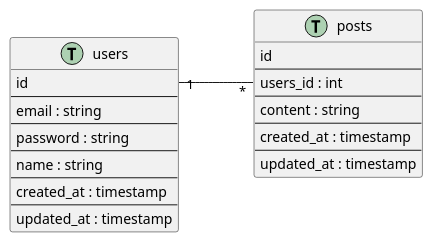
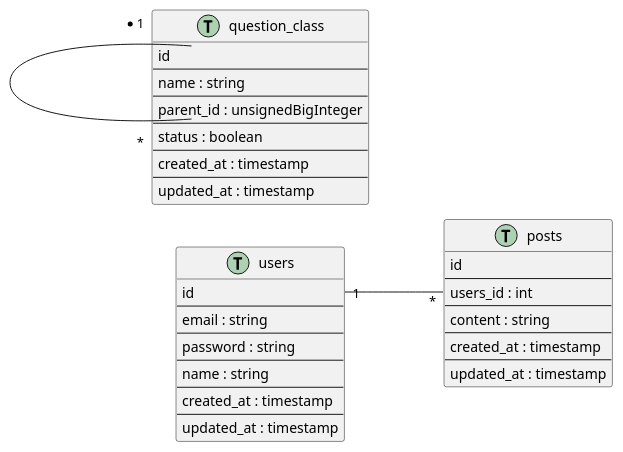
One commit to dopamine908/math-sharing changed the diagram in docs/db-schema-guideline.puml. Above: the diagram before and after it, drawn with PlantUML.

Commit message:
docs: 新增標籤資料表question_class

```diff
--- a/docs/db-schema-guideline.puml
+++ b/docs/db-schema-guideline.puml
@@ -1,28 +1,42 @@
 @startuml
 left to right direction
 class users << (T,#ADD1B2) >>{
     id
     --
     email : string
     --
     password : string
     --
     name : string
     --
     created_at : timestamp
     --
     updated_at : timestamp
 }
 class posts << (T,#ADD1B2) >>{
     id
     --
     users_id : int
     --
     content : string
     --
     created_at : timestamp
     --
     updated_at : timestamp
 }
+class question_class << (T,#ADD1B2) >>{
+    id
+    --
+    name : string
+    --
+    parent_id : unsignedBigInteger
+    --
+    status : boolean
+    --
+    created_at : timestamp
+    --
+    updated_at : timestamp
+}
 users::id “1” -- “*" posts::users_id
+question_class::id “*1” -- “*" question_class::parent_id
 @enduml
```
